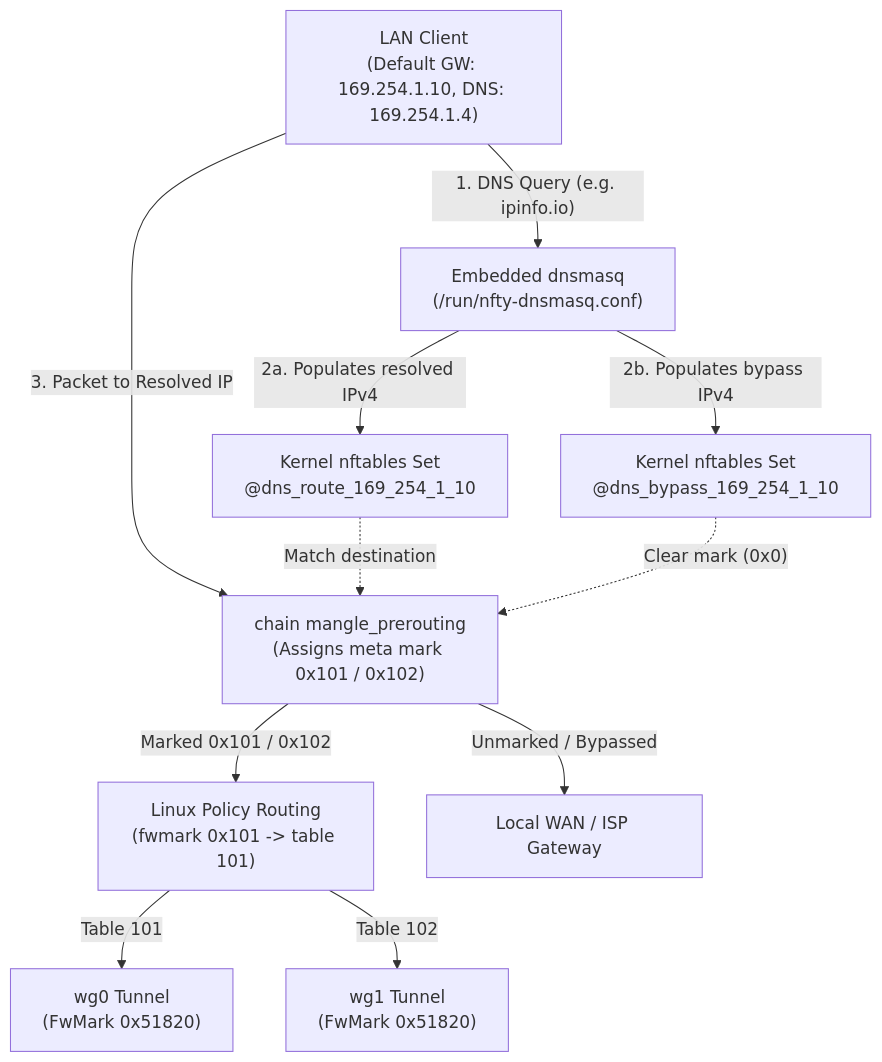
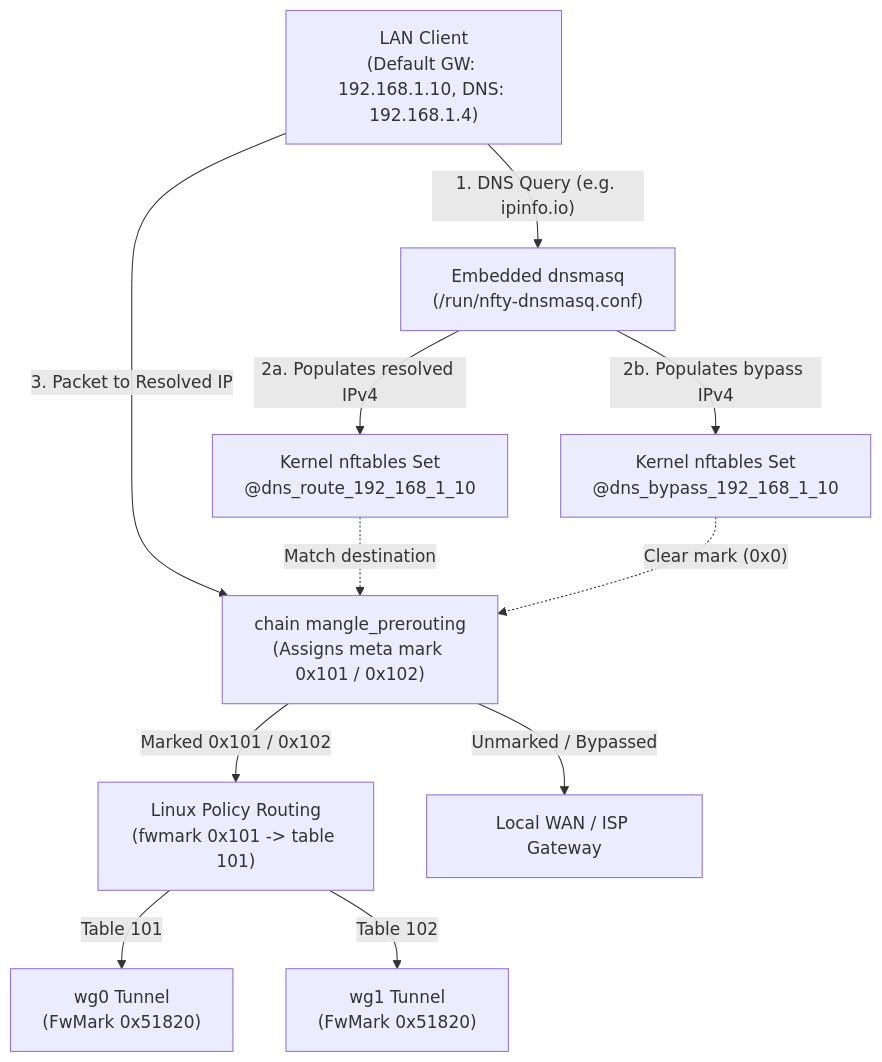
One commit to grsmith-projects/nfty changed the diagram in docs/dns-and-wireguard-gateways.md. Above: the diagram before and after it, drawn with Mermaid. The commit also changed other lines of this file and 34 other files, not shown here.

````diff
--- a/docs/dns-and-wireguard-gateways.md
+++ b/docs/dns-and-wireguard-gateways.md
@@ -25,23 +25,23 @@
 ```mermaid
 flowchart TD
-    Client["LAN Client<br/>(Default GW: 169.254.1.10, DNS: 169.254.1.4)"]
+    Client["LAN Client<br/>(Default GW: 192.168.1.10, DNS: 192.168.1.4)"]
     Dnsmasq["Embedded dnsmasq<br/>(/run/nfty-dnsmasq.conf)"]
-    NftSetRoute["Kernel nftables Set<br/>@dns_route_169_254_1_10"]
-    NftSetBypass["Kernel nftables Set<br/>@dns_bypass_169_254_1_10"]
+    NftSetRoute["Kernel nftables Set<br/>@dns_route_192_168_1_10"]
+    NftSetBypass["Kernel nftables Set<br/>@dns_bypass_192_168_1_10"]
     Mangle["chain mangle_prerouting<br/>(Assigns meta mark 0x101 / 0x102)"]
     IpRule["Linux Policy Routing<br/>(fwmark 0x101 -> table 101)"]
     Wg0["wg0 Tunnel<br/>(FwMark 0x51820)"]
     Wg1["wg1 Tunnel<br/>(FwMark 0x51820)"]
     Wan["Local WAN / ISP Gateway"]
 
     Client -->|"1. DNS Query (e.g. ipinfo.io)"| Dnsmasq
     Dnsmasq -->|"2a. Populates resolved IPv4"| NftSetRoute
     Dnsmasq -->|"2b. Populates bypass IPv4"| NftSetBypass
     Client -->|"3. Packet to Resolved IP"| Mangle
     NftSetRoute -.->|"Match destination"| Mangle
     NftSetBypass -.->|"Clear mark (0x0)"| Mangle
     Mangle -->|"Marked 0x101 / 0x102"| IpRule
     Mangle -->|"Unmarked / Bypassed"| Wan
     IpRule -->|"Table 101"| Wg0
     IpRule -->|"Table 102"| Wg1
 ```
````
